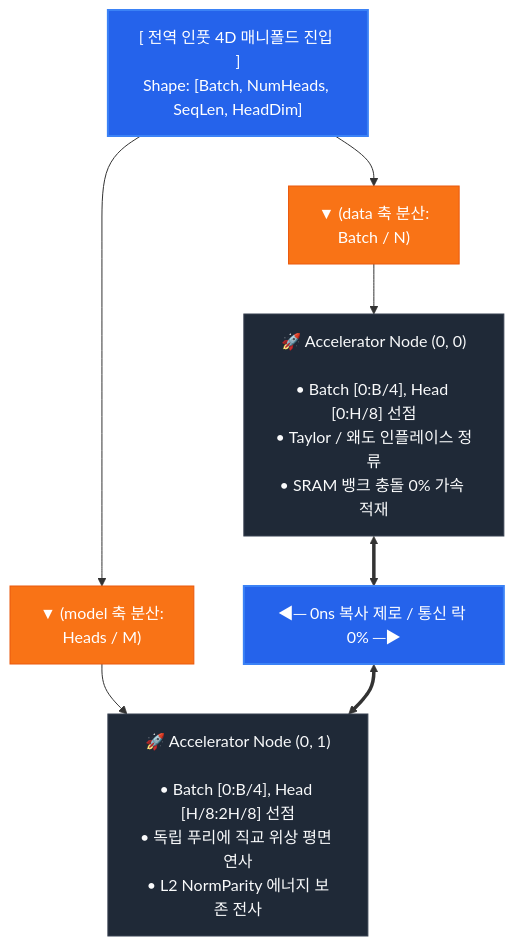
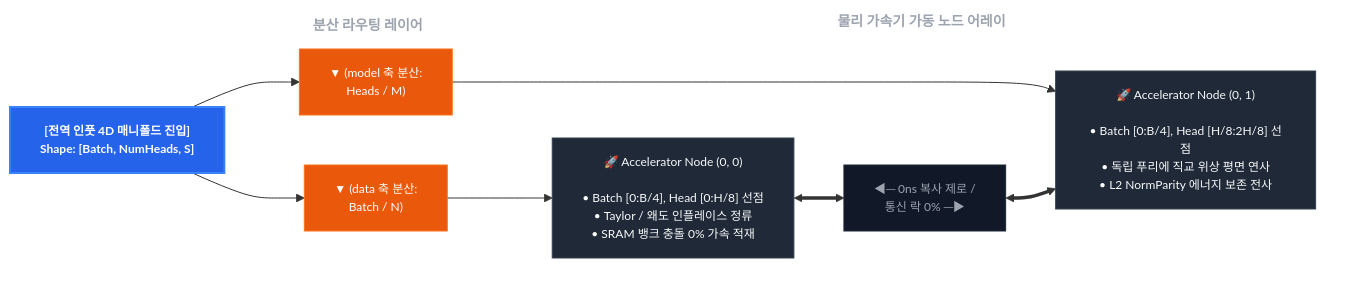
One commit to PJHkorea/jax-softmax-bypass changed the diagram in README.md. Above: the diagram before and after it, drawn with Mermaid. The commit also changed other lines of this file, not shown here.

````diff
--- a/README.md
+++ b/README.md
@@ -27,32 +28,42 @@
 ```mermaid
-flowchart TD
-    %% 전역 스타일 및 실리콘 테마 바인딩
-    classDef default fill:#1f2937,stroke:#374151,stroke-width:1px,color:#f9fafb;
-    classDef highlight fill:#2563eb,stroke:#3b82f6,stroke-width:2px,color:#ffffff;
-    classDef orange fill:#f97316,stroke:#ea580c,stroke-width:1px,color:#ffffff;
+flowchart LR
+    %% 전역 실리콘 테마 및 하드웨어 스타일 가드 선포
+    classDef default fill:#1f2937,stroke:#374151,stroke-width:1px,color:#f9fafb,font-size:12px;
+    classDef blue fill:#2563eb,stroke:#3b82f6,stroke-width:2px,color:#ffffff,font-size:12px,font-weight:bold;
+    classDef orange fill:#ea580c,stroke:#f97316,stroke-width:1px,color:#ffffff,font-size:12px;
+    classDef dark fill:#111827,stroke:#1f2937,stroke-width:1px,color:#9ca3af,font-size:12px;
     
-    %% [전역 인풋 4D 매니폴드 진입]
-    INPUT["[ 전역 인풋 4D 매니폴드 진입 ]<br>Shape: [Batch, NumHeads, SeqLen, HeadDim]"]:::highlight
+    %% ------------------------------------------------------------------------
+    %% [상단 구조적 도메인 레이어 경계 수립]
+    %% ------------------------------------------------------------------------
+    subgraph ROUTING_LAYER ["분산 라우팅 레이어"]
+        MODEL_SHARD["▼ (model 축 분산:<br>Heads / M)"]:::orange
+        DATA_SHARD["▼ (data 축 분산:<br>Batch / N)"]:::orange
+    end
+    
+    subgraph HARDWARE_ARRAY ["물리 가속기 가동 노드 어레이"]
+        NODE_00["🚀 Accelerator Node (0, 0)<br><br>• Batch [0:B/4], Head [0:H/8] 선점<br>• Taylor / 왜도 인플레이스 정류<br>• SRAM 뱅크 충돌 0% 가속 적재"]
+        COMM_BARRIER["◀─ 0ns 복사 제로 /<br>통신 락 0% ─▶"]:::dark
+        NODE_01["🚀 Accelerator Node (0, 1)<br><br>• Batch [0:B/4], Head [H/8:2H/8] 선점<br>• 독립 푸리에 직교 위상 평면 연사<br>• L2 NormParity 에너지 보존 전사"]
+    end
 
-    %% [분산 배정 축 사상 가드레일]
-    DATA_SHARD["▼ (data 축 분산:<br>Batch / N)"]:::orange
-    MODEL_SHARD["▼ (model 축 분산:<br>Heads / M)"]:::orange
+    %% 최전방 매니폴드 주소선 배치
+    INPUT["[전역 인풋 4D 매니폴드 진입]<br>Shape: [Batch, NumHeads, S]"]:::blue
 
-    %% [물리 가속기 가동 노드 어레이]
-    NODE_00["🚀 Accelerator Node (0, 0)<br><br>• Batch [0:B/4], Head [0:H/8] 선점<br>• Taylor / 왜도 인플레이스 정류<br>• SRAM 뱅크 충돌 0% 가속 적재"]
-    NODE_01["🚀 Accelerator Node (0, 1)<br><br>• Batch [0:B/4], Head [H/8:2H/8] 선점<br>• 독립 푸리에 직교 위상 평면 연사<br>• L2 NormParity 에너지 보존 전사"]
-
-    %% [0ns 통신 프리미티브 배리어]
-    COMM_BARRIER["◀─ 0ns 복사 제로 / 통신 락 0% ─▶"]:::highlight
-
-    %% 텐서 주소선 라우팅 연결
+    %% ------------------------------------------------------------------------
+    %% 0ns 무복사 하이브리드 데이터 버스 라우팅 링크
+    %% ------------------------------------------------------------------------
+    INPUT --> MODEL_SHARD
     INPUT --> DATA_SHARD
-    INPUT --> MODEL_SHARD
     
+    MODEL_SHARD --> NODE_01
     DATA_SHARD --> NODE_00
-    MODEL_SHARD --> NODE_01
     
-    %% 하드웨어 상호 인터록 링크
     NODE_00 <==> COMM_BARRIER
     COMM_BARRIER <==> NODE_01
+
+    %% 서브그래프 시각적 정형화 스타일 적용
+    style ROUTING_LAYER fill:none,stroke:none,color:#9ca3af,font-size:14px,font-weight:bold;
+    style HARDWARE_ARRAY fill:none,stroke:none,color:#9ca3af,font-size:14px,font-weight:bold;
+
 ```
````
